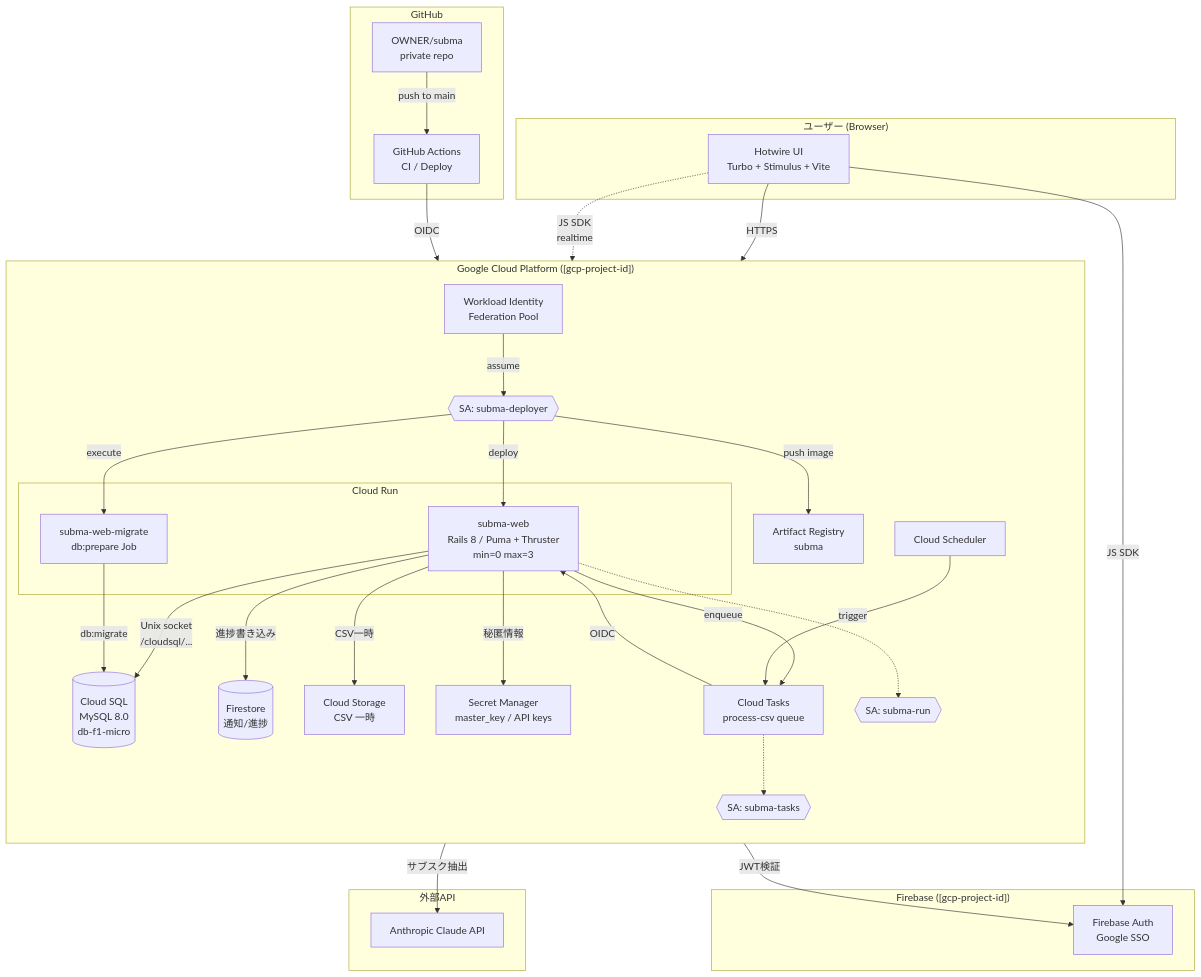
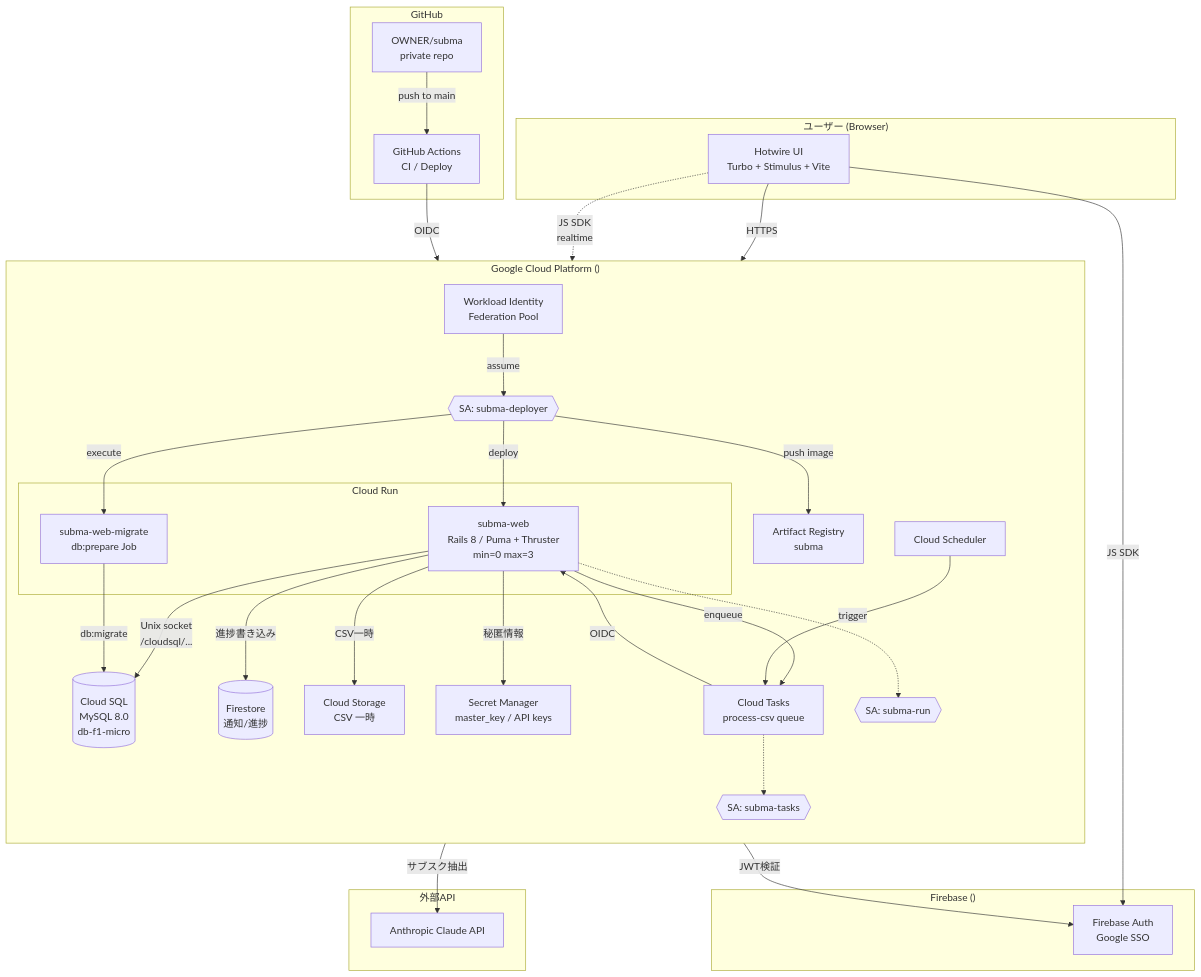
The first of 3 diagrams in docs/infrastructure-notes.md (marukaty/subma), drawn with Mermaid before and after one commit. The commit also changed other lines of this file and 7 other files, not shown here.

````diff
--- a/docs/infrastructure-notes.md
+++ b/docs/infrastructure-notes.md
@@ -21,61 +20,61 @@
 ```mermaid
 graph TB
   subgraph Client["ユーザー (Browser)"]
     Browser[Hotwire UI<br/>Turbo + Stimulus + Vite]
   end
 
   subgraph GitHub["GitHub"]
     Repo[OWNER/subma<br/>private repo]
     Actions[GitHub Actions<br/>CI / Deploy]
   end
 
-  subgraph GCP["Google Cloud Platform ([gcp-project-id])"]
+  subgraph GCP["Google Cloud Platform (<PROJECT_ID>)"]
     direction TB
     AR[Artifact Registry<br/>subma]
     subgraph CloudRun["Cloud Run"]
       Service[subma-web<br/>Rails 8 / Puma + Thruster<br/>min=0 max=3]
       Job[subma-web-migrate<br/>db:prepare Job]
     end
     SQL[(Cloud SQL<br/>MySQL 8.0<br/>db-f1-micro)]
     Firestore[(Firestore<br/>通知/進捗)]
     Storage[Cloud Storage<br/>CSV 一時]
     SM[Secret Manager<br/>master_key / API keys]
     Tasks[Cloud Tasks<br/>process-csv queue]
     Scheduler[Cloud Scheduler]
     WIF[Workload Identity<br/>Federation Pool]
     SA1{{SA: subma-run}}
     SA2{{SA: subma-tasks}}
     SA3{{SA: subma-deployer}}
   end
 
-  subgraph Firebase["Firebase ([gcp-project-id])"]
+  subgraph Firebase["Firebase (<PROJECT_ID>)"]
     Auth[Firebase Auth<br/>Google SSO]
   end
 
   subgraph External["外部API"]
     Claude[Anthropic Claude API]
   end
 
   Browser -->|HTTPS| Service
   Browser -->|JS SDK| Auth
   Browser -.->|JS SDK<br/>realtime| Firestore
   Service -->|JWT検証| Auth
   Service -->|Unix socket<br/>/cloudsql/...| SQL
   Service -->|"進捗書き込み"| Firestore
   Service -->|CSV一時| Storage
   Service -->|秘匿情報| SM
   Service -->|サブスク抽出| Claude
   Service -->|enqueue| Tasks
   Tasks -->|OIDC| Service
   Scheduler -->|trigger| Tasks
   Service -.->SA1
   Tasks -.->SA2
 
   Repo -->|push to main| Actions
   Actions -->|OIDC| WIF
   WIF -->|assume| SA3
   SA3 -->|push image| AR
   SA3 -->|deploy| Service
   SA3 -->|execute| Job
   Job -->|db:migrate| SQL
 ```
````
